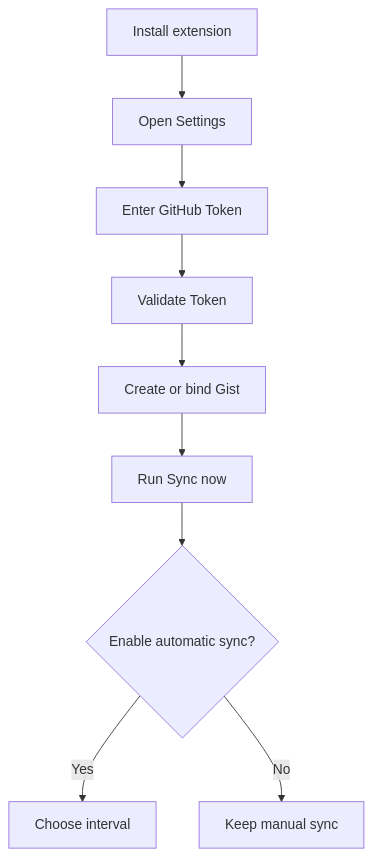
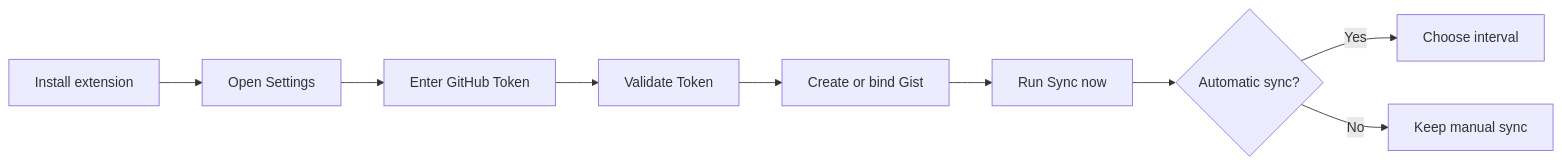
One commit to CYoJkoY/ChromiumCloudSync changed the diagram in README.md. Above: the diagram before and after it, drawn with Mermaid. The commit also changed other lines of this file, not shown here.

````diff
--- a/README.md
+++ b/README.md
@@ -288,11 +302,11 @@
 ```mermaid
-flowchart TD
+flowchart LR
     A[Install extension] --> B[Open Settings]
     B --> C[Enter GitHub Token]
     C --> D[Validate Token]
     D --> E[Create or bind Gist]
     E --> F[Run Sync now]
-    F --> G{Enable automatic sync?}
+    F --> G{Automatic sync?}
     G -->|Yes| H[Choose interval]
     G -->|No| I[Keep manual sync]
 ```
````
